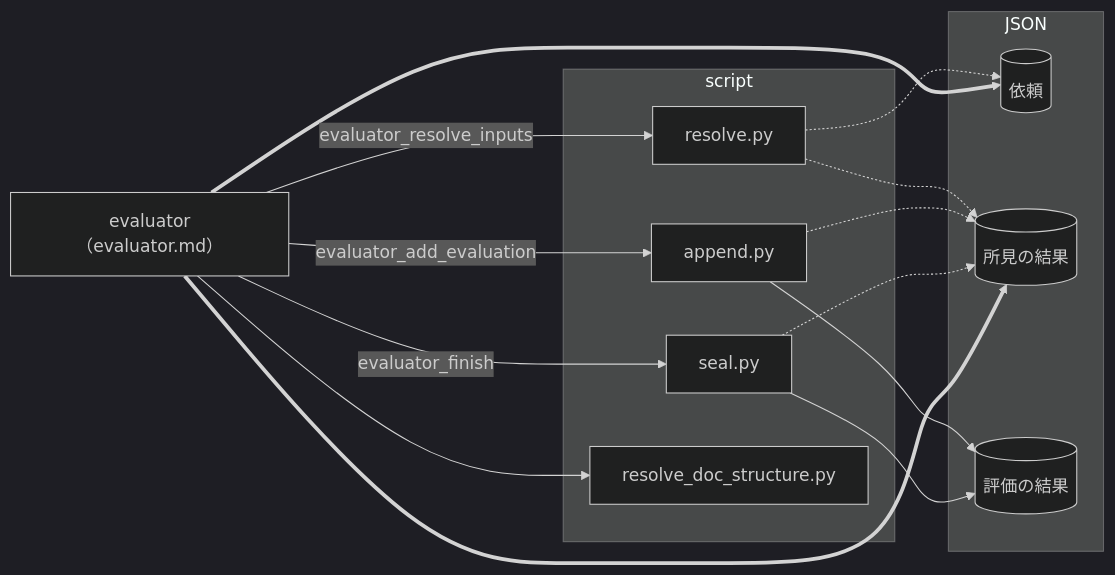
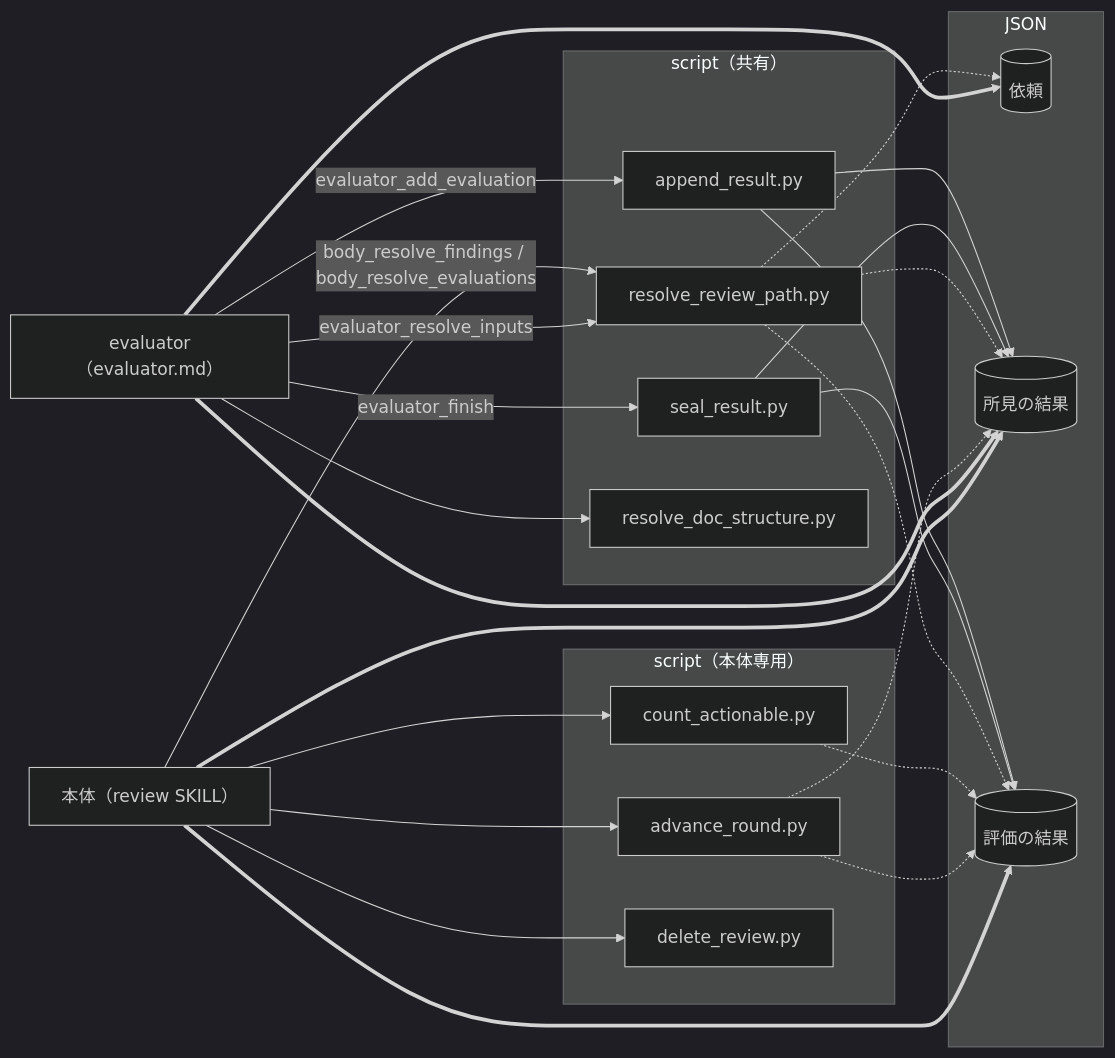
One commit to BlueEventHorizon/bw-cc-plugins changed the second of 2 diagrams in docs/specs/review/design/DES-083_evaluator_perspective_design.md. Above: the diagram before and after it, drawn with Mermaid (dark theme). The commit also changed other lines of this file and 2 other files, not shown here.

````diff
--- a/docs/specs/review/design/DES-083_evaluator_perspective_design.md
+++ b/docs/specs/review/design/DES-083_evaluator_perspective_design.md
@@ -77,32 +84,49 @@
 ```mermaid
 flowchart LR
+    Body["本体（review SKILL）"]
     E["evaluator（evaluator.md）"]
 
-    subgraph S["script"]
-        Ap["append.py"]
-        Sl["seal.py"]
-        Rs["resolve.py"]
+    subgraph SB["script（本体専用）"]
+        Ct["count_actionable.py"]
+        Ad["advance_round.py"]
+        Cl["delete_review.py"]
+    end
+
+    subgraph SC["script（共有）"]
+        Ap["append_result.py"]
+        Sl["seal_result.py"]
+        Rs["resolve_review_path.py"]
         Dt["resolve_doc_structure.py"]
     end
 
     subgraph J["JSON"]
         JR[("依頼")]
         JF[("所見の結果")]
         JE[("評価の結果")]
     end
 
+    Body -->|"body_resolve_findings / body_resolve_evaluations"| Rs
+    Body --> Ct
+    Body --> Ad
+    Body --> Cl
     E -->|"evaluator_resolve_inputs"| Rs
     E -->|"evaluator_add_evaluation"| Ap
     E -->|"evaluator_finish"| Sl
     E --> Dt
 
+    Ap --> JF
     Ap --> JE
+    Sl --> JF
     Sl --> JE
     Rs -.-> JR
     Rs -.-> JF
-    Ap -.-> JF
-    Sl -.-> JF
+    Rs -.-> JE
+    Ct -.-> JE
+    Ad -.-> JF
+    Ad -.-> JE
 
     E ==> JR
     E ==> JF
+    Body ==> JF
+    Body ==> JE
 ```
````
